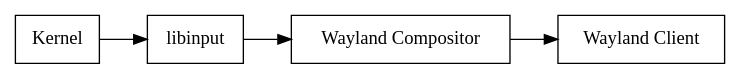
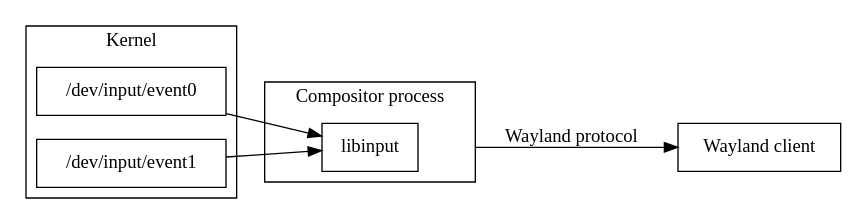
The diagram in doc/dot/libinput-stack-wayland.gv (sizeofvoid/libopeninput), drawn with Graphviz before and after one commit. The commit also changed 2 other files, not shown here.

Commit message:
Update the README and the graphs showing libinput in the stack

```diff
--- a/doc/dot/libinput-stack-wayland.gv
+++ b/doc/dot/libinput-stack-wayland.gv
@@ -1,17 +1,25 @@
 digraph stack
 {
+  compound=true;
   rankdir="LR";
   node [
     shape="box";
   ]
 
-  kernel [label="Kernel"];
+  subgraph cluster_2 {
+	  label="Kernel";
+	  event0 [label="/dev/input/event0"]
+	  event1 [label="/dev/input/event1"]
+  }
 
-  libinput;
-  compositor [label="Wayland Compositor"];
-  client [label="Wayland Client"];
+  subgraph cluster_0 {
+	  label="Compositor process";
+	  libinput;
+  }
 
-  kernel -> libinput
-  libinput -> compositor
-  compositor -> client
+  client [label="Wayland client"];
+
+  event0 -> libinput;
+  event1 -> libinput;
+  libinput -> client [ltail=cluster_0 label="Wayland protocol"];
 }
```
